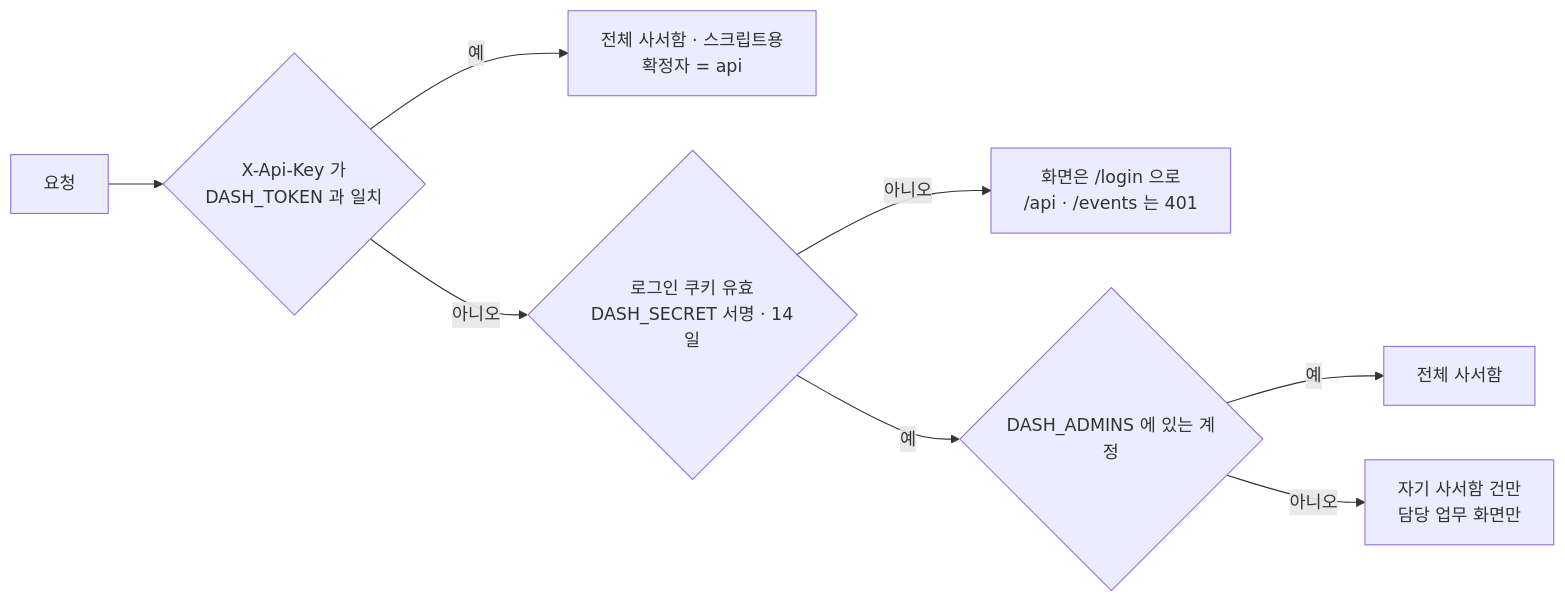
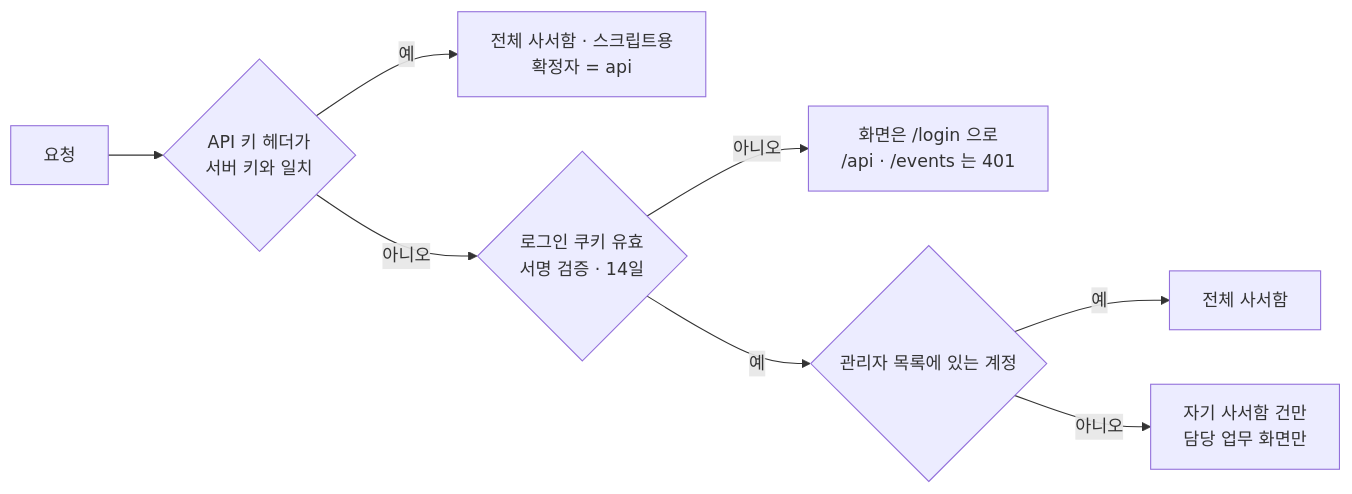
The fourth of 4 diagrams in docs/dev/overview.md (SinokorOfficial/jp-mail-docs), drawn with Mermaid before and after one commit. The commit also changed other lines of this file, not shown here.

Commit message:
공통 문서: 인증 절의 환경변수 이름을 일반 표현으로

````diff
--- a/docs/dev/overview.md
+++ b/docs/dev/overview.md
@@ -162,10 +162,10 @@
 ```mermaid
 flowchart LR
-  R["요청"] --> K{"X-Api-Key 가<br/>DASH_TOKEN 과 일치"}
+  R["요청"] --> K{"API 키 헤더가<br/>서버 키와 일치"}
   K -- "예" --> ALL["전체 사서함 · 스크립트용<br/>확정자 = api"]
-  K -- "아니오" --> C{"로그인 쿠키 유효<br/>DASH_SECRET 서명 · 14일"}
+  K -- "아니오" --> C{"로그인 쿠키 유효<br/>서명 검증 · 14일"}
   C -- "아니오" --> L["화면은 /login 으로<br/>/api · /events 는 401"]
-  C -- "예" --> A{"DASH_ADMINS 에 있는 계정"}
+  C -- "예" --> A{"관리자 목록에 있는 계정"}
   A -- "예" --> ALL2["전체 사서함"]
   A -- "아니오" --> MINE["자기 사서함 건만<br/>담당 업무 화면만"]
 ```
````
